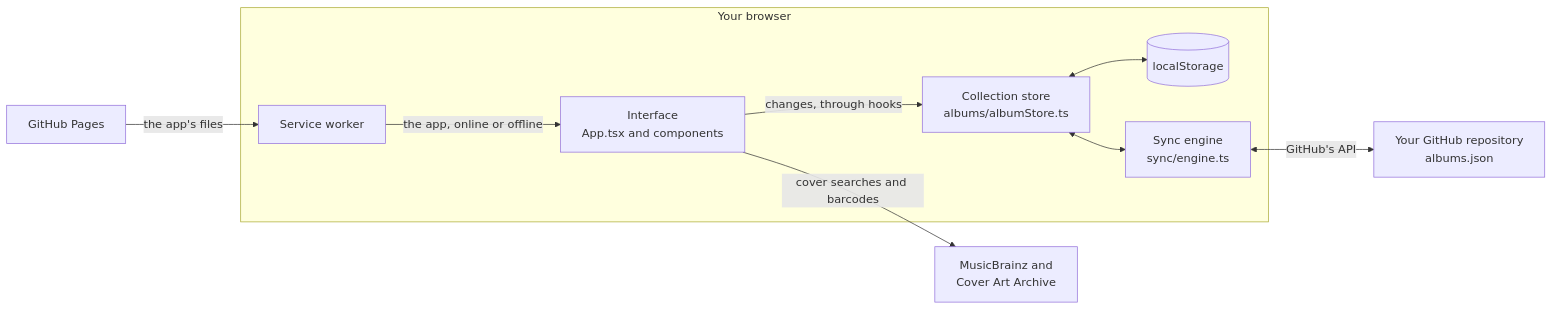
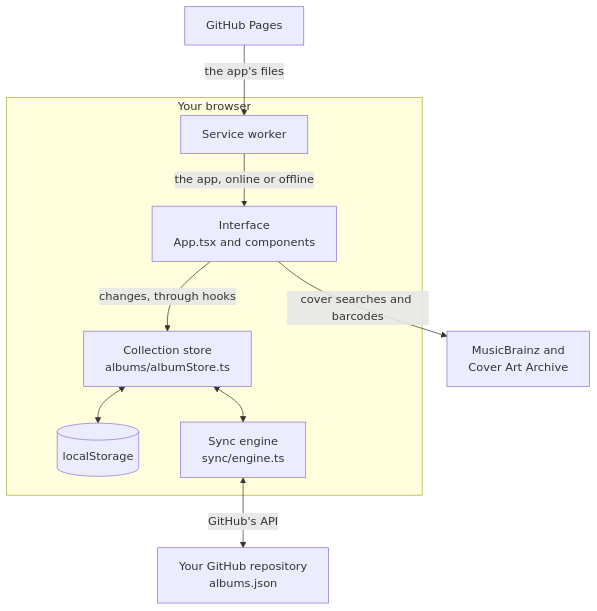
One commit to Mosaal/album-tracker changed the first of 2 diagrams in ARCHITECTURE.md. Above: the diagram before and after it, drawn with Mermaid.

Commit message:
docs: lay the overview diagram out top to bottom

````diff
--- a/ARCHITECTURE.md
+++ b/ARCHITECTURE.md
@@ -39,21 +39,21 @@
 ```mermaid
-flowchart LR
+flowchart TB
+    pages["GitHub Pages"]
     subgraph device["Your browser"]
+        sw["Service worker"]
         ui["Interface<br/>App.tsx and components"]
         store["Collection store<br/>albums/albumStore.ts"]
         storage[("localStorage")]
         engine["Sync engine<br/>sync/engine.ts"]
-        sw["Service worker"]
     end
-    pages["GitHub Pages"]
     mb["MusicBrainz and<br/>Cover Art Archive"]
     repo["Your GitHub repository<br/>albums.json"]
 
     pages -->|the app's files| sw
     sw -->|the app, online or offline| ui
     ui -->|changes, through hooks| store
+    ui -->|cover searches and barcodes| mb
     store <--> storage
     store <--> engine
     engine <-->|GitHub's API| repo
-    ui -->|cover searches and barcodes| mb
 ```
````
